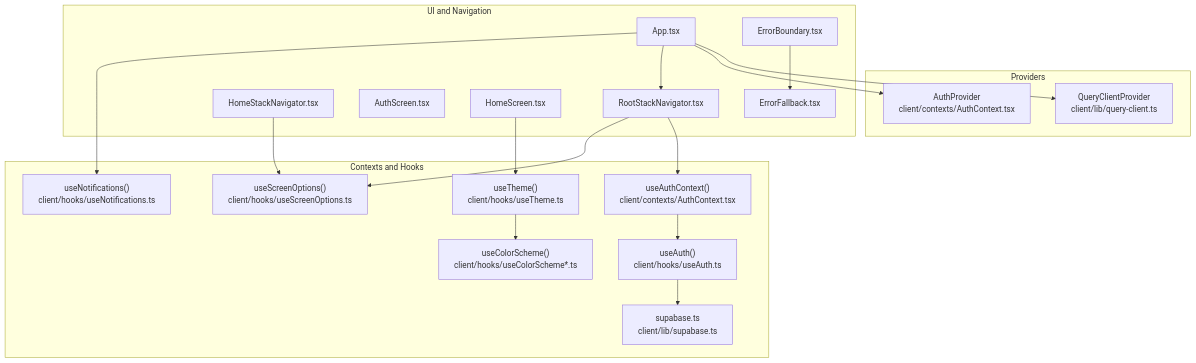
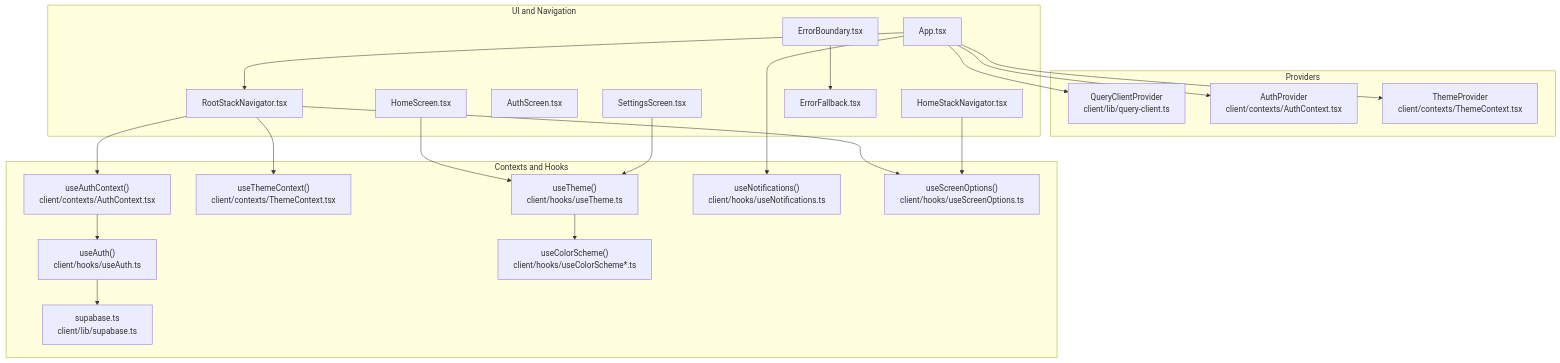
One commit to hunglevi87/Hidden-Gem changed the first of 11 diagrams in .qoder/repowiki/en/content/Frontend Application/State Management.md. Above: the diagram before and after it, drawn with Mermaid. The commit also changed other lines of this file and 14 other files, not shown here.

````diff
--- a/.qoder/repowiki/en/content/Frontend Application/State Management.md
+++ b/.qoder/repowiki/en/content/Frontend Application/State Management.md
@@ -46,37 +56,43 @@
 ```mermaid
 graph TB
 subgraph "Providers"
 QCP["QueryClientProvider<br/>client/lib/query-client.ts"]
 AP["AuthProvider<br/>client/contexts/AuthContext.tsx"]
+TP["ThemeProvider<br/>client/contexts/ThemeContext.tsx"]
 end
 subgraph "Contexts and Hooks"
 UCtx["useAuthContext()<br/>client/contexts/AuthContext.tsx"]
+TUCtx["useThemeContext()<br/>client/contexts/ThemeContext.tsx"]
 UAuth["useAuth()<br/>client/hooks/useAuth.ts"]
 USb["supabase.ts<br/>client/lib/supabase.ts"]
 UTheme["useTheme()<br/>client/hooks/useTheme.ts"]
 UColor["useColorScheme()<br/>client/hooks/useColorScheme*.ts"]
 UNotif["useNotifications()<br/>client/hooks/useNotifications.ts"]
 UScreen["useScreenOptions()<br/>client/hooks/useScreenOptions.ts"]
 end
 subgraph "UI and Navigation"
 App["App.tsx"]
 RootNav["RootStackNavigator.tsx"]
 HomeNav["HomeStackNavigator.tsx"]
 AuthScreen["AuthScreen.tsx"]
 HomeScreen["HomeScreen.tsx"]
+SettingsScreen["SettingsScreen.tsx"]
 EB["ErrorBoundary.tsx"]
 EBF["ErrorFallback.tsx"]
 end
 App --> QCP
 App --> AP
+App --> TP
 App --> RootNav
 RootNav --> UCtx
+RootNav --> TUCtx
 UCtx --> UAuth
 UAuth --> USb
 App --> UNotif
 RootNav --> UScreen
 HomeNav --> UScreen
 HomeScreen --> UTheme
+SettingsScreen --> UTheme
 UTheme --> UColor
 EB --> EBF
 ```
````
